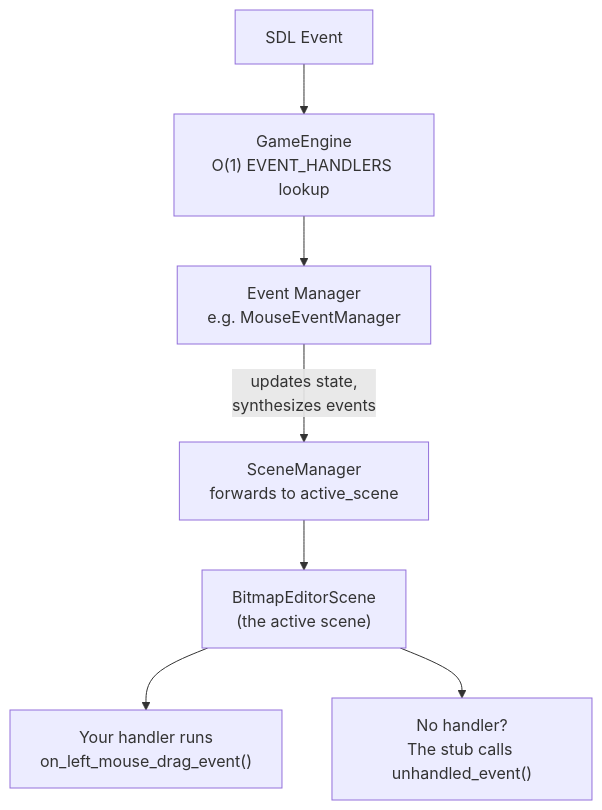
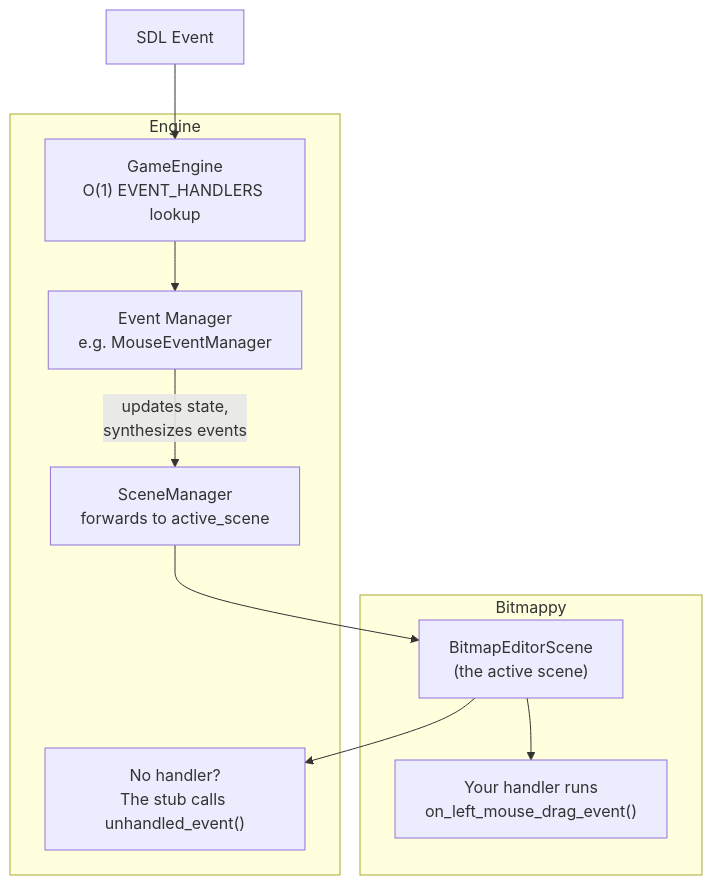
Before and after one commit to terrysimons/glitchygames: the third of 10 diagrams in docs/architecture/bitmappy.md, drawn with Mermaid. The commit also changed other lines of this file and 5 other files, not shown here.

First line of the commit message:
Docs: every diagram that mixes engine and game code shows the split

````diff
--- a/docs/architecture/bitmappy.md
+++ b/docs/architecture/bitmappy.md
@@ -140,9 +151,16 @@
 ```mermaid
 flowchart TD
-    SDL["SDL Event"] --> GE["GameEngine\nO#40;1#41; EVENT_HANDLERS lookup"]
-    GE --> MGR["Event Manager\ne.g. MouseEventManager"]
-    MGR -->|"updates state,\nsynthesizes events"| SM["SceneManager\nforwards to active_scene"]
-    SM --> BES["BitmapEditorScene\n#40;the active scene#41;"]
-    BES --> HANDLER["Your handler runs\non_left_mouse_drag_event#40;#41;"]
-    BES --> STUB["No handler?\nThe stub calls unhandled_event#40;#41;"]
+    SDL["SDL Event"] --> GE
+    subgraph ENGINE_BITMAPPY_EVENT_FLOW["Engine"]
+        GE["GameEngine\nO#40;1#41; EVENT_HANDLERS lookup"]
+        GE --> MGR["Event Manager\ne.g. MouseEventManager"]
+        MGR -->|"updates state,\nsynthesizes events"| SM["SceneManager\nforwards to active_scene"]
+        STUB["No handler?\nThe stub calls unhandled_event#40;#41;"]
+    end
+    subgraph APP_BITMAPPY_EVENT_FLOW["Bitmappy"]
+        BES["BitmapEditorScene\n#40;the active scene#41;"]
+        BES --> HANDLER["Your handler runs\non_left_mouse_drag_event#40;#41;"]
+    end
+    SM --> BES
+    BES --> STUB
 ```
````
